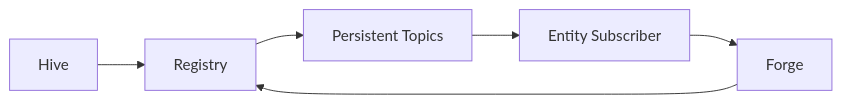
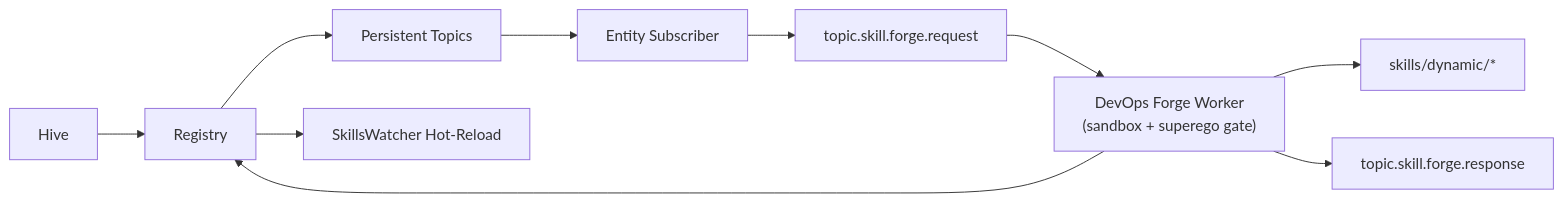
The diagram in docs/architecture.md (jbcupps/abigail), drawn with Mermaid before and after one commit. The commit also changed 12 other files, not shown here.

Commit message:
feat: devops forge skill for autonomous self-modification (Phase 4) DOCS UPDATED

````diff
--- a/docs/architecture.md
+++ b/docs/architecture.md
@@ -5,8 +5,12 @@
 ```mermaid
 flowchart LR
     Hive[Hive] --> Registry[Registry]
     Registry --> Topics[Persistent Topics]
     Topics --> Entity[Entity Subscriber]
-    Entity --> Forge[Forge]
-    Forge --> Registry
+    Entity --> ForgeReq["topic.skill.forge.request"]
+    ForgeReq --> ForgeWorker["DevOps Forge Worker<br/>(sandbox + superego gate)"]
+    ForgeWorker --> Dynamic["skills/dynamic/*"]
+    ForgeWorker --> Registry
+    Registry --> Watcher["SkillsWatcher Hot-Reload"]
+    ForgeWorker --> ForgeResp["topic.skill.forge.response"]
 ```
````
